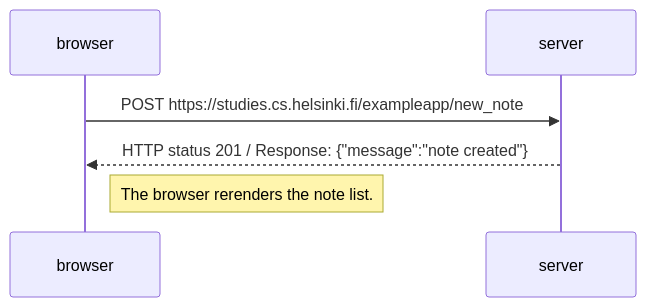
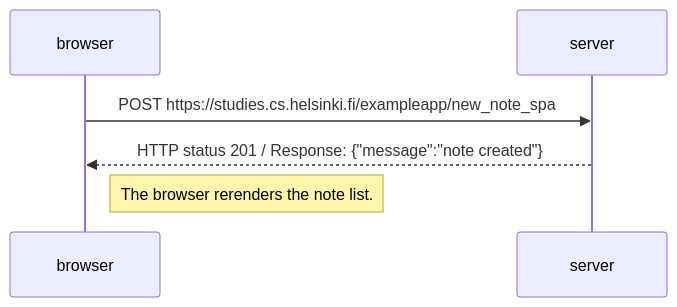
The diagram in part0/06-Single page app redirect.md (fecfecfec/fullstackopen-helsinki), drawn with Mermaid before and after one commit.

Commit message:
Fixed typos.

````diff
--- a/part0/06-Single page app redirect.md
+++ b/part0/06-Single page app redirect.md
@@ -1,10 +1,10 @@
 ```mermaid
 sequenceDiagram
     participant browser
     participant server
 
-    browser->>server: POST https://studies.cs.helsinki.fi/exampleapp/new_note
+    browser->>server: POST https://studies.cs.helsinki.fi/exampleapp/new_note_spa
     server-->>browser: HTTP status 201 / Response: {"message":"note created"}
 
     Note right of browser: The browser rerenders the note list.
 ```
````
